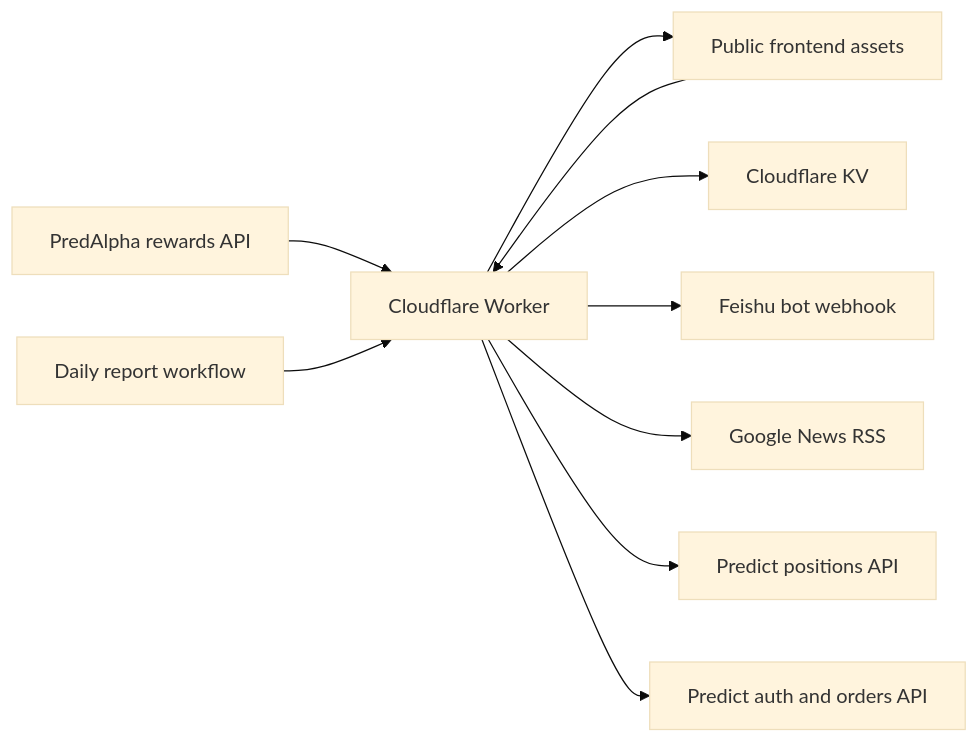
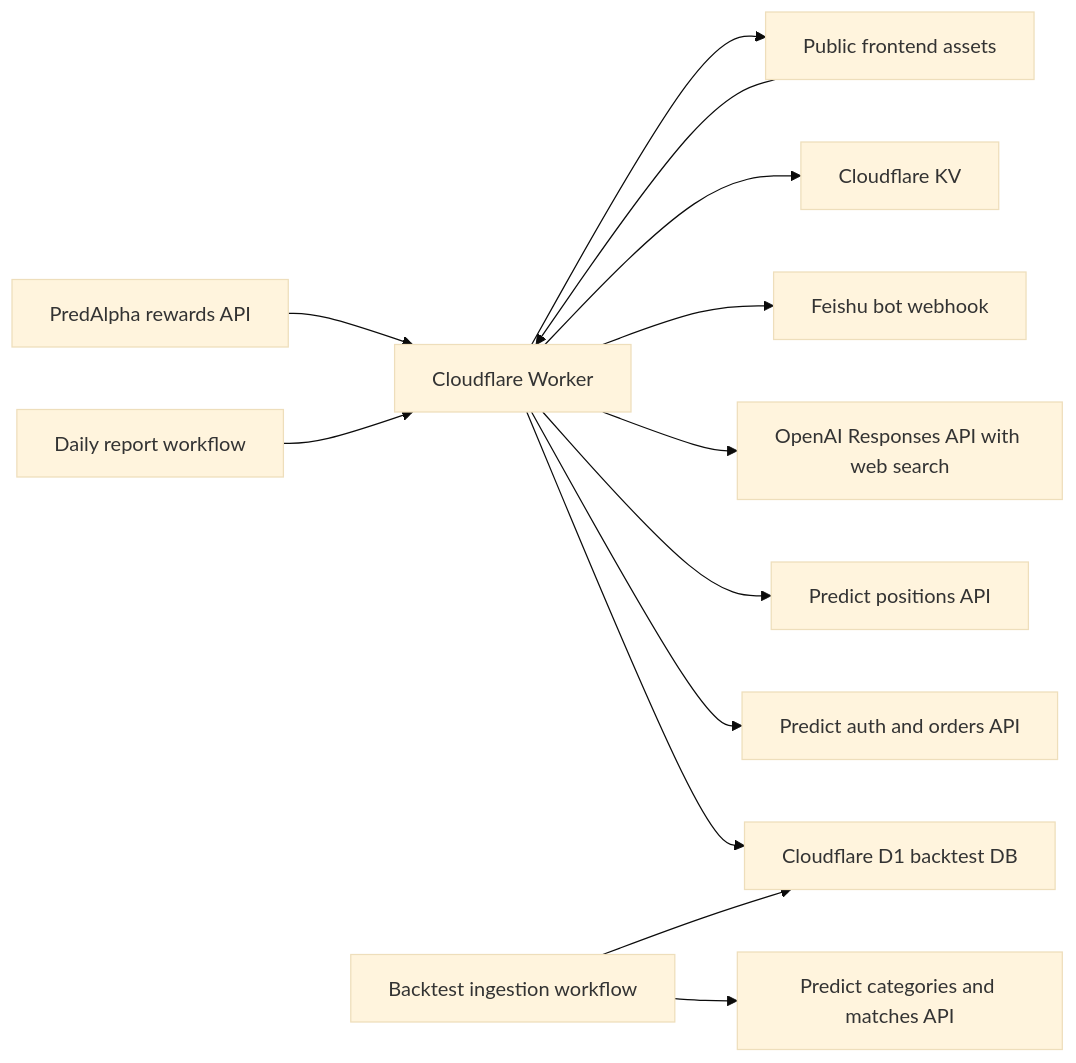
The diagram in docs/architecture.md (aihuman750/predict), drawn with Mermaid (base theme) before and after one commit. The commit also changed other lines of this file and 50 other files, not shown here.

````diff
--- a/docs/architecture.md
+++ b/docs/architecture.md
@@ -11,12 +12,15 @@
 ```mermaid
 flowchart LR
   A["PredAlpha rewards API"] --> E["Cloudflare Worker"]
   D["Public frontend assets"] --> E
   E --> D
   E --> F["Cloudflare KV"]
   E --> G["Feishu bot webhook"]
-  E --> H["Google News RSS"]
+  E --> H["OpenAI Responses API with web search"]
   E --> J["Predict positions API"]
   E --> K["Predict auth and orders API"]
+  E --> L["Cloudflare D1 backtest DB"]
   I["Daily report workflow"] --> E
+  M["Backtest ingestion workflow"] --> L
+  M --> N["Predict categories and matches API"]
 ```
````
